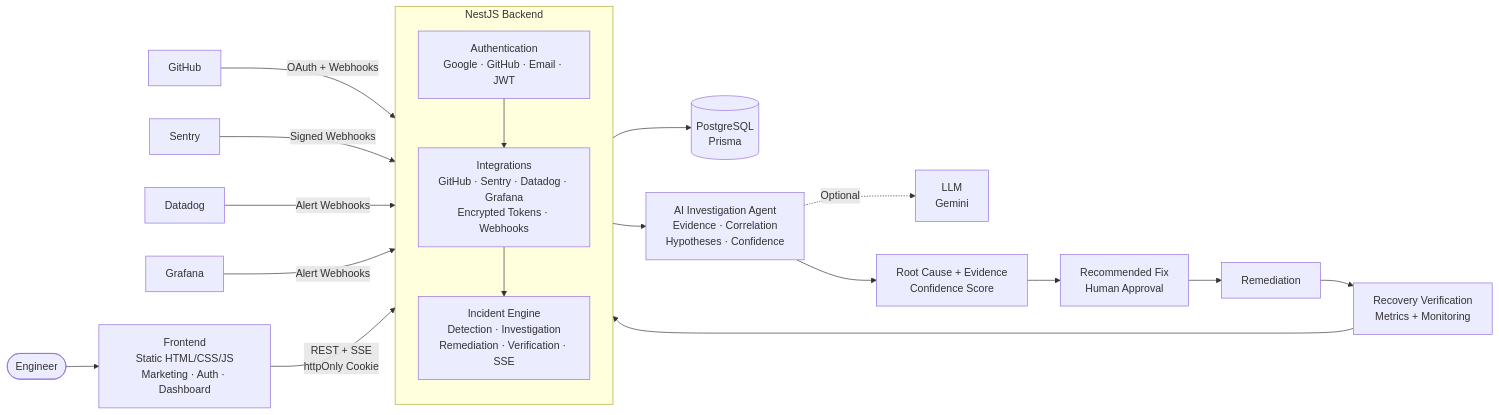
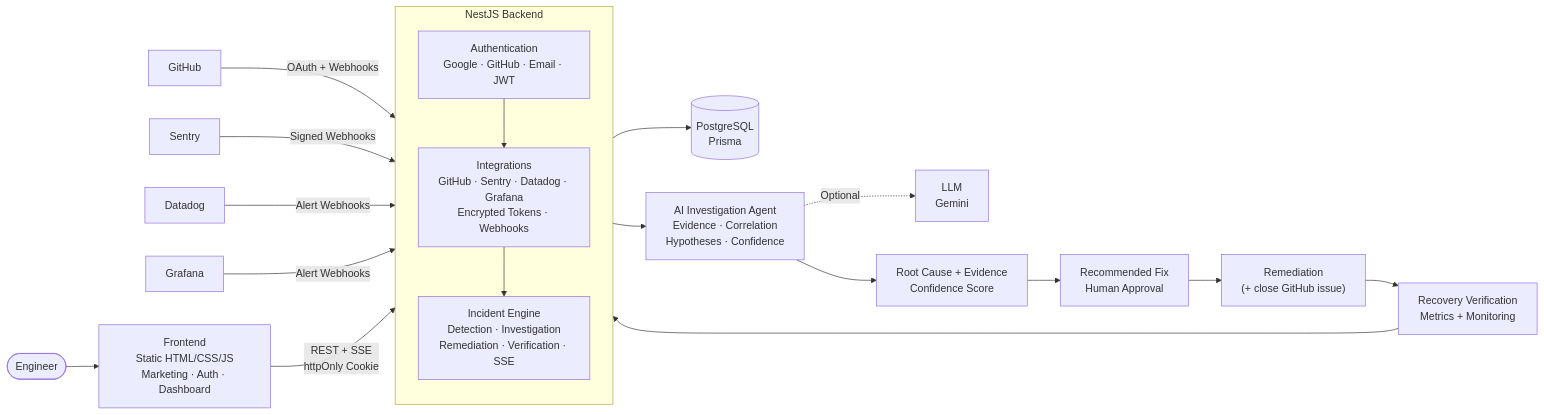
The second of 2 diagrams in README.md (Manvi0408/Rootvector), drawn with Mermaid before and after one commit. The commit also changed other lines of this file, not shown here.

````diff
--- a/README.md
+++ b/README.md
@@ -20,40 +100,30 @@
 ```mermaid
 flowchart LR
   U([Engineer]) --> FE["Frontend<br/>Static HTML/CSS/JS<br/>Marketing · Auth · Dashboard"]
 
   FE -->|"REST + SSE<br/>httpOnly Cookie"| BE
 
   subgraph BE["NestJS Backend"]
     direction TB
-
     A["Authentication<br/>Google · GitHub · Email · JWT"]
-
     I["Integrations<br/>GitHub · Sentry · Datadog · Grafana<br/>Encrypted Tokens · Webhooks"]
-
     N["Incident Engine<br/>Detection · Investigation<br/>Remediation · Verification · SSE"]
-
     A --> I
     I --> N
   end
 
   BE --> DB[("PostgreSQL<br/>Prisma")]
 
   GH["GitHub"] -->|"OAuth + Webhooks"| I
   SEN["Sentry"] -->|"Signed Webhooks"| N
   DD["Datadog"] -->|"Alert Webhooks"| N
   GF["Grafana"] -->|"Alert Webhooks"| N
 
   N --> AGENT["AI Investigation Agent<br/>Evidence · Correlation<br/>Hypotheses · Confidence"]
-
   AGENT -.->|"Optional"| LLM["LLM<br/>Gemini"]
-
   AGENT --> RCA["Root Cause + Evidence<br/>Confidence Score"]
-
   RCA --> FIX["Recommended Fix<br/>Human Approval"]
-
-  FIX --> REM["Remediation"]
-
+  FIX --> REM["Remediation<br/>(+ close GitHub issue)"]
   REM --> VERIFY["Recovery Verification<br/>Metrics + Monitoring"]
-
   VERIFY --> N
 ```
````
